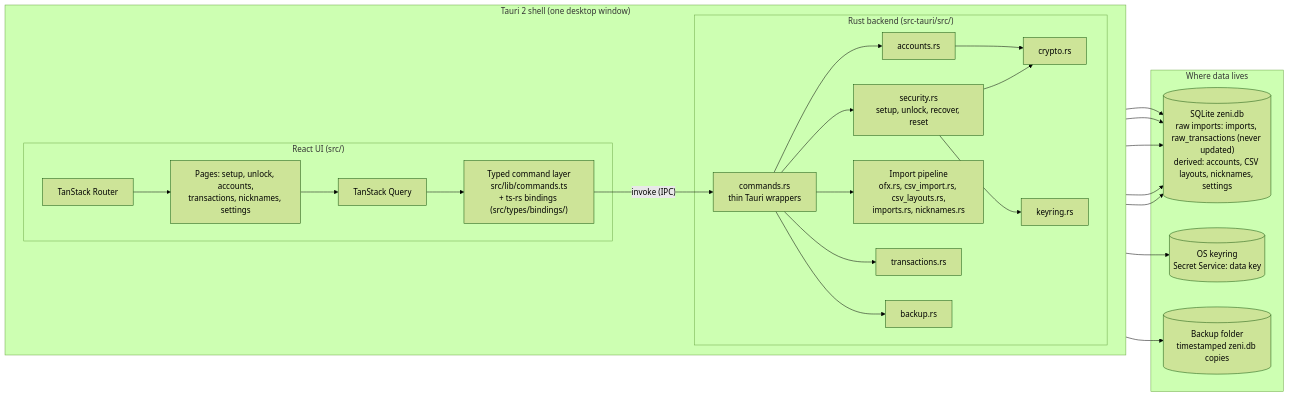
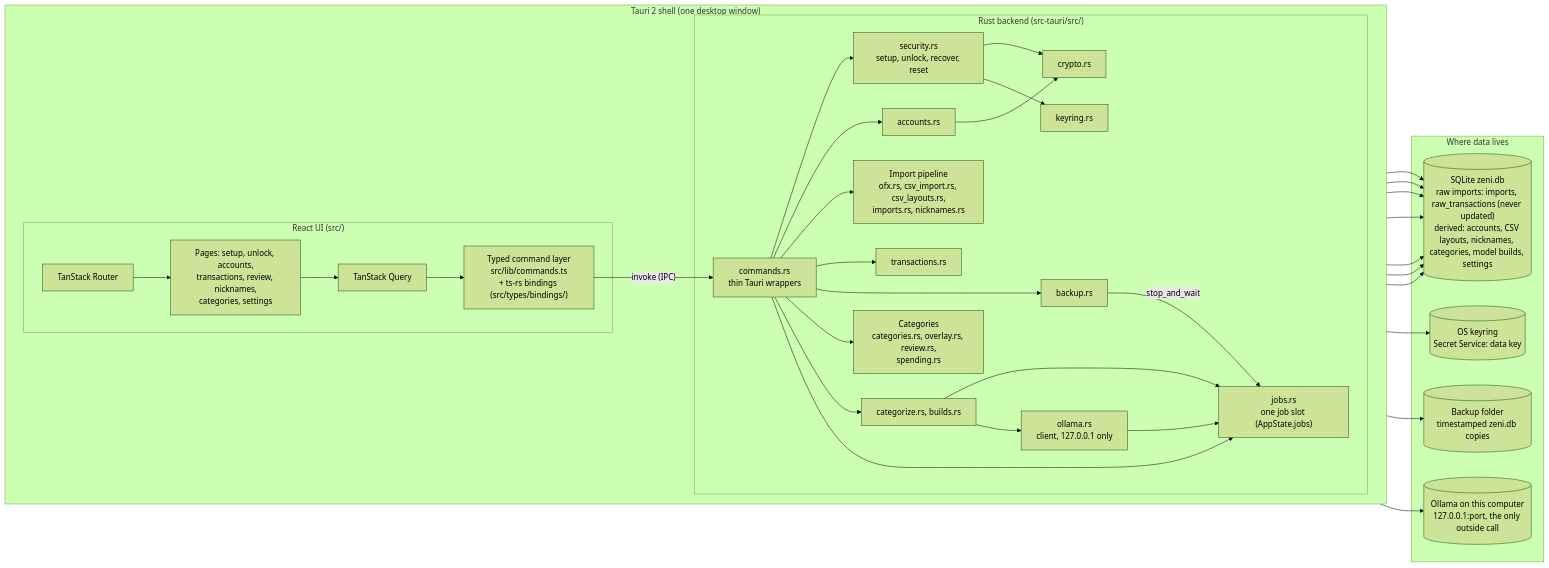
One commit to Sherlock64/zeni changed the first of 5 diagrams in docs/architecture.md. Above: the diagram before and after it, drawn with Mermaid (forest theme). The commit also changed other lines of this file and 116 other files, not shown here.

````diff
--- a/docs/architecture.md
+++ b/docs/architecture.md
@@ -7,37 +7,46 @@
 ```mermaid
 flowchart LR
   subgraph Shell["Tauri 2 shell (one desktop window)"]
     direction LR
     subgraph UI["React UI (src/)"]
-      Pages["Pages: setup, unlock, accounts,<br/>transactions, nicknames, settings"]
+      Pages["Pages: setup, unlock, accounts,<br/>transactions, review, nicknames,<br/>categories, settings"]
       Router["TanStack Router"]
       Query["TanStack Query"]
       Cmds["Typed command layer<br/>src/lib/commands.ts<br/>+ ts-rs bindings (src/types/bindings/)"]
       Router --> Pages
       Pages --> Query --> Cmds
     end
     subgraph Rust["Rust backend (src-tauri/src/)"]
       Wrappers["commands.rs<br/>thin Tauri wrappers"]
       Security["security.rs<br/>setup, unlock, recover, reset"]
       Crypto["crypto.rs"]
       Keyring["keyring.rs"]
       Accounts["accounts.rs"]
       Import["Import pipeline<br/>ofx.rs, csv_import.rs, csv_layouts.rs,<br/>imports.rs, nicknames.rs"]
       Tx["transactions.rs"]
       Backup["backup.rs"]
-      Wrappers --> Security & Accounts & Import & Tx & Backup
+      Cat["Categories<br/>categories.rs, overlay.rs, review.rs,<br/>spending.rs"]
+      Jobs["jobs.rs<br/>one job slot (AppState.jobs)"]
+      Run["categorize.rs, builds.rs"]
+      Oll["ollama.rs<br/>client, 127.0.0.1 only"]
+      Wrappers --> Security & Accounts & Import & Tx & Backup & Cat & Run & Jobs
+      Run --> Jobs & Oll
+      Oll --> Jobs
+      Backup -- "stop_and_wait" --> Jobs
       Security --> Crypto & Keyring
       Accounts --> Crypto
     end
     Cmds -- "invoke (IPC)" --> Wrappers
   end
   subgraph Data["Where data lives"]
-    DB[("SQLite zeni.db<br/>raw imports: imports, raw_transactions (never updated)<br/>derived: accounts, CSV layouts, nicknames, settings")]
+    DB[("SQLite zeni.db<br/>raw imports: imports, raw_transactions (never updated)<br/>derived: accounts, CSV layouts, nicknames, categories, model builds, settings")]
     OSK[("OS keyring<br/>Secret Service: data key")]
     BK[("Backup folder<br/>timestamped zeni.db copies")]
+    OL[("Ollama on this computer<br/>127.0.0.1:port, the only outside call")]
   end
-  Accounts & Import & Tx & Security --> DB
+  Oll --> OL
+  Accounts & Import & Tx & Security & Cat & Run --> DB
   Keyring --> OSK
   Backup --> BK
   Backup --> DB
 ```
````
